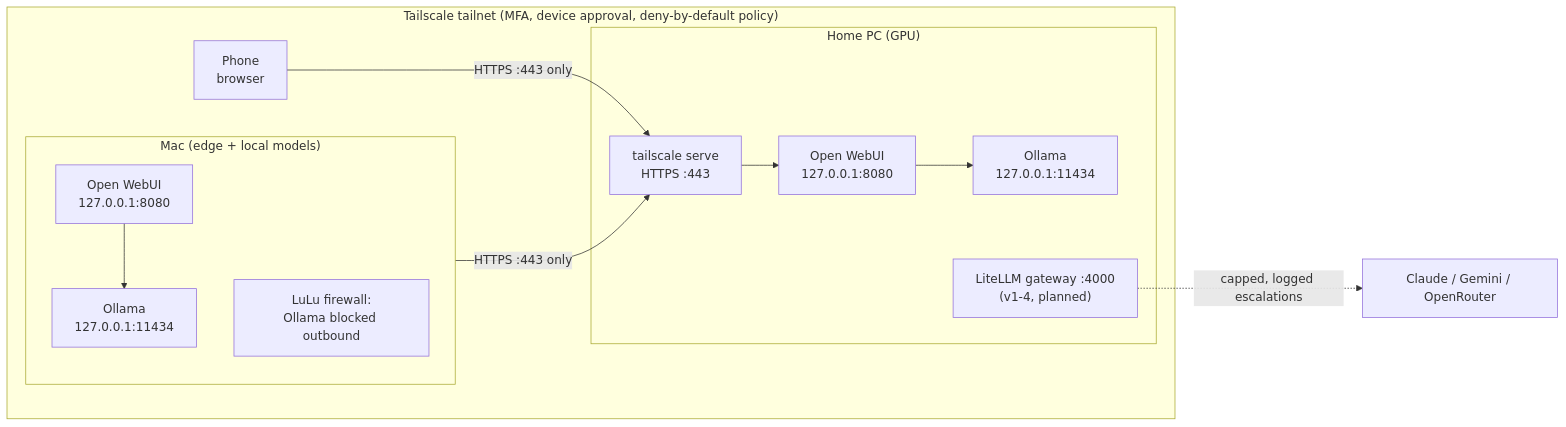
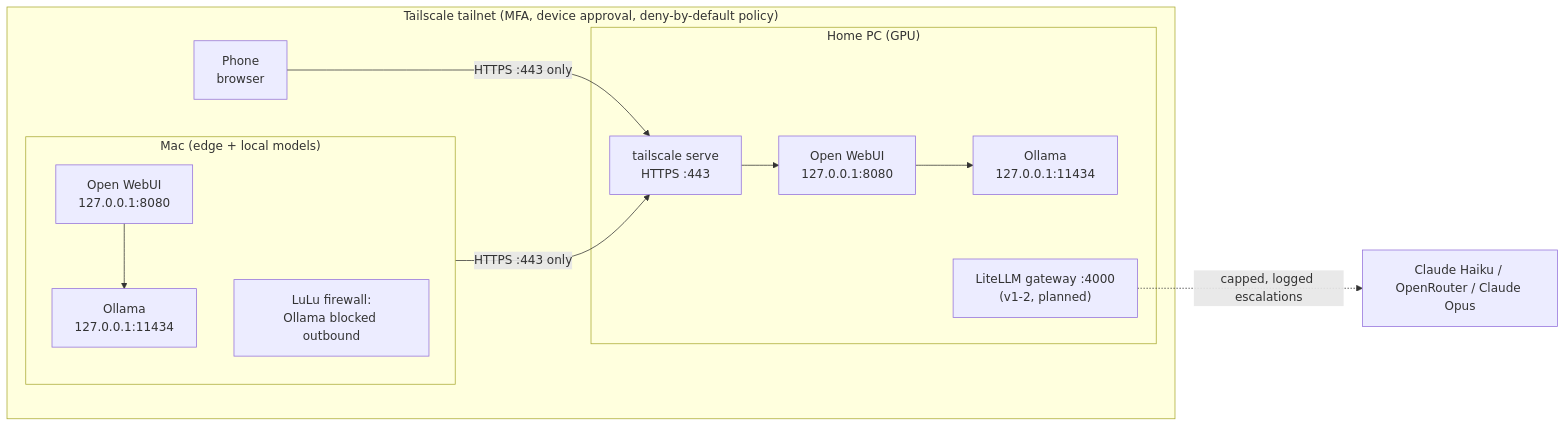
Before and after one commit to seanhudgins/local-ai-starter: the diagram in docs/ARCHITECTURE.md, drawn with Mermaid. The commit also changed other lines of this file and 49 other files, not shown here.

````diff
--- a/docs/ARCHITECTURE.md
+++ b/docs/ARCHITECTURE.md
@@ -9,17 +9,17 @@
 ```mermaid
 flowchart LR
     subgraph Tailnet["Tailscale tailnet (MFA, device approval, deny-by-default policy)"]
         Phone["Phone<br/>browser"]
         subgraph Mac["Mac (edge + local models)"]
             MWU["Open WebUI<br/>127.0.0.1:8080"] --> MOL["Ollama<br/>127.0.0.1:11434"]
             LuLu["LuLu firewall:<br/>Ollama blocked outbound"]
         end
         subgraph PC["Home PC (GPU)"]
             TS["tailscale serve<br/>HTTPS :443"] --> WU["Open WebUI<br/>127.0.0.1:8080"] --> OL["Ollama<br/>127.0.0.1:11434"]
-            GW["LiteLLM gateway :4000<br/>(v1-4, planned)"]
+            GW["LiteLLM gateway :4000<br/>(v1-2, planned)"]
         end
     end
     Phone -- "HTTPS :443 only" --> TS
     Mac -- "HTTPS :443 only" --> TS
-    GW -. "capped, logged escalations" .-> Cloud["Claude / Gemini / OpenRouter"]
+    GW -. "capped, logged escalations" .-> Cloud["Claude Haiku / OpenRouter / Claude Opus"]
 ```
````
